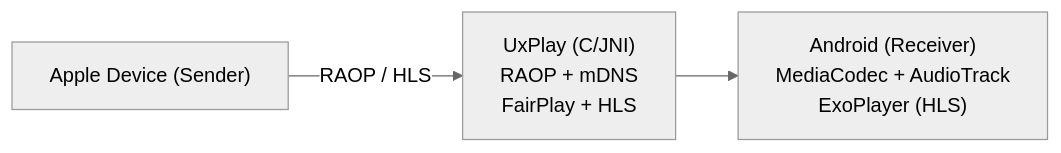
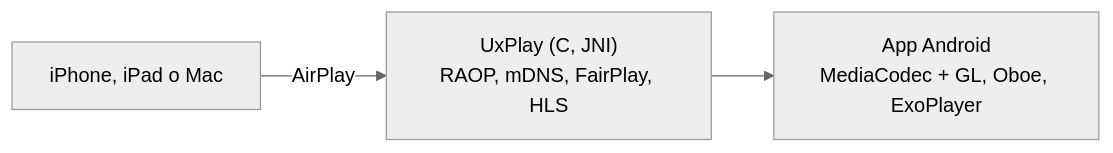
The diagram in README.md (ReinierTutoriales/VireoAirTV), drawn with Mermaid (neutral theme) before and after one commit. The commit also changed other lines of this file, not shown here.

First line of the commit message:
docs: README propio de VireoAirTV

````diff
--- a/README.md
+++ b/README.md
@@ -89,9 +64,9 @@
 ```mermaid
 flowchart LR
-    AppleDevice["Apple Device (Sender)"]
-    UxPlay["UxPlay (C/JNI)<br/>RAOP + mDNS<br/>FairPlay + HLS"]
-    AndroidApp["Android (Receiver)<br/>MediaCodec + AudioTrack<br/>ExoPlayer (HLS)"]
+    Emisor["iPhone, iPad o Mac"]
+    UxPlay["UxPlay (C, JNI)<br/>RAOP, mDNS, FairPlay, HLS"]
+    App["App Android<br/>MediaCodec + GL, Oboe, ExoPlayer"]
 
-    AppleDevice -- "RAOP / HLS" --> UxPlay
-    UxPlay --> AndroidApp
+    Emisor -- "AirPlay" --> UxPlay
+    UxPlay --> App
 ```
````
